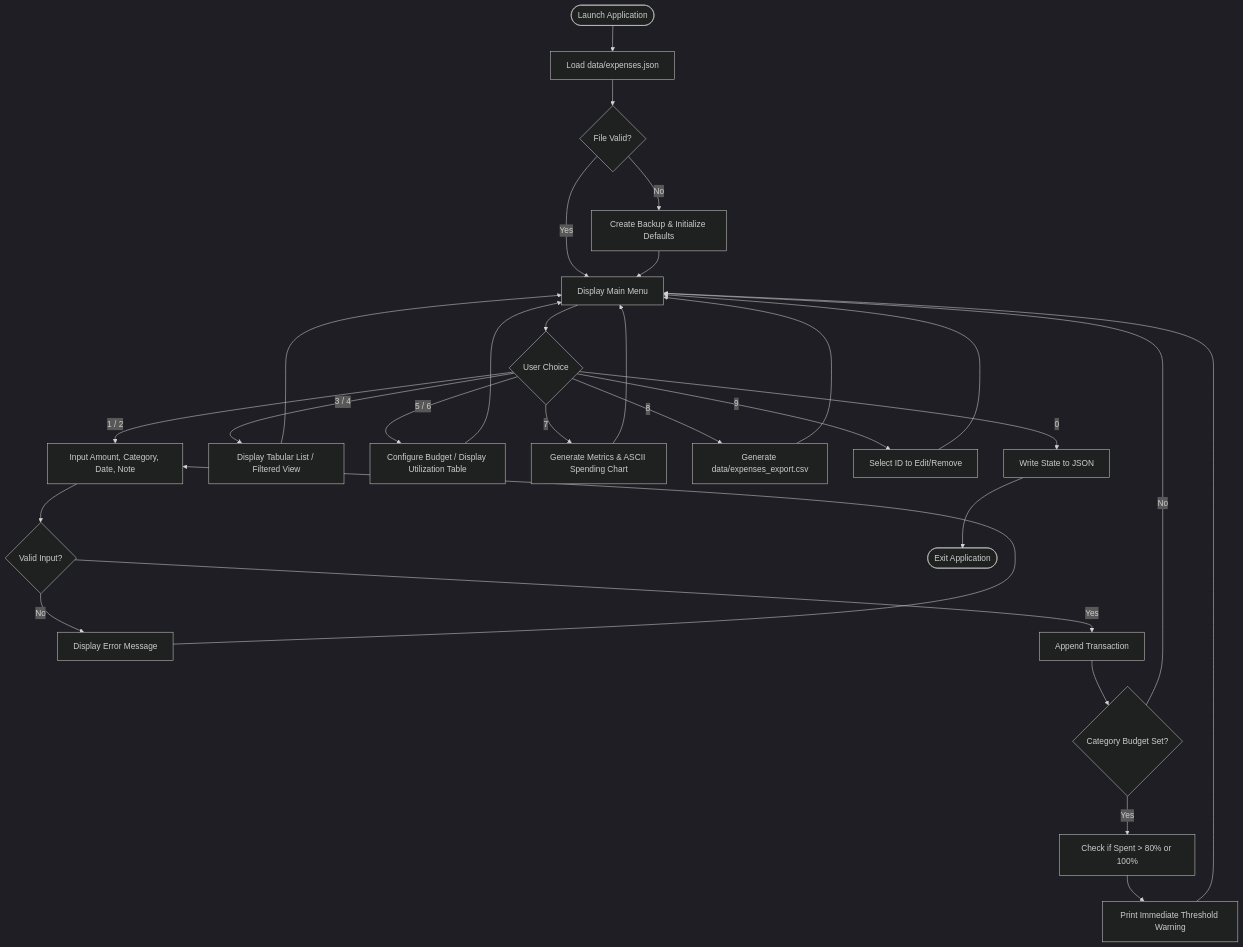
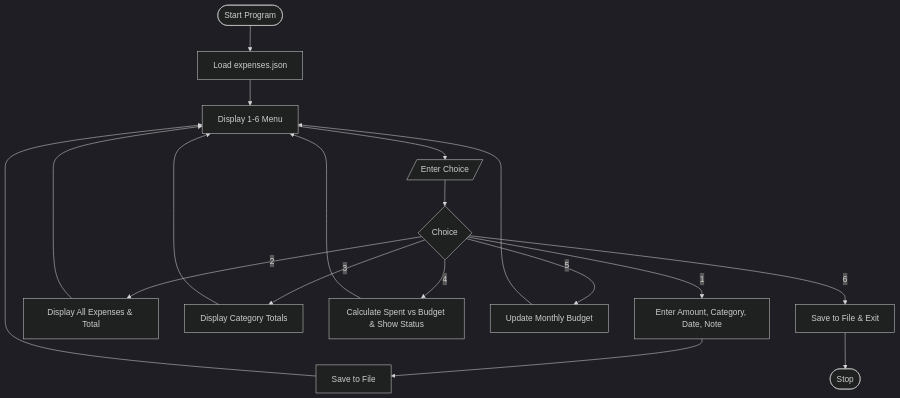
Before and after one commit to Aditya26bai10148-creator/student-expense-tracker: the third of 5 diagrams in PROJECT_REPORT.md, drawn with Mermaid (dark theme). The commit also changed other lines of this file and 18 other files, not shown here.

Commit message:
Simplify project architecture: concise 4-module design, clean CLI, unit tests, and streamlined report

````diff
--- a/PROJECT_REPORT.md
+++ b/PROJECT_REPORT.md
@@ -186,26 +93,13 @@
 ```mermaid
 flowchart TD
-    Start([Launch Application]) --> LoadData[Load data/expenses.json]
-    LoadData --> CheckCorrupt{File Valid?}
-    CheckCorrupt -- No --> AutoBackup[Create Backup & Initialize Defaults]
-    CheckCorrupt -- Yes --> Menu[Display Main Menu]
-    AutoBackup --> Menu
-
-    Menu --> Choice{User Choice}
-    Choice -- 1 / 2 --> LogTx[Input Amount, Category, Date, Note]
-    LogTx --> ValidateTx{Valid Input?}
-    ValidateTx -- No --> ShowErr[Display Error Message] --> LogTx
-    ValidateTx -- Yes --> SaveTx[Append Transaction]
-    SaveTx --> CheckBudget{Category Budget Set?}
-    CheckBudget -- Yes --> EvalThreshold[Check if Spent > 80% or 100%]
-    EvalThreshold --> ShowAlert[Print Immediate Threshold Warning]
-    CheckBudget -- No --> Menu
-    ShowAlert --> Menu
-
-    Choice -- 3 / 4 --> ViewFilter[Display Tabular List / Filtered View] --> Menu
-    Choice -- 5 / 6 --> BudgetView[Configure Budget / Display Utilization Table] --> Menu
-    Choice -- 7 --> AnalyticsView[Generate Metrics & ASCII Spending Chart] --> Menu
-    Choice -- 8 --> ExportCSV[Generate data/expenses_export.csv] --> Menu
-    Choice -- 9 --> EditDelete[Select ID to Edit/Remove] --> Menu
-    Choice -- 0 --> Persist[Write State to JSON] --> Finish([Exit Application])
+    Start([Start Program]) --> LoadData[Load expenses.json]
+    LoadData --> Menu[Display 1-6 Menu]
+    Menu --> InputChoice[/Enter Choice/]
+    InputChoice --> Check{Choice}
+    Check -- 1 --> AddExp[Enter Amount, Category, Date, Note] --> Save[Save to File] --> Menu
+    Check -- 2 --> ViewAll[Display All Expenses & Total] --> Menu
+    Check -- 3 --> ViewCat[Display Category Totals] --> Menu
+    Check -- 4 --> CheckBud[Calculate Spent vs Budget & Show Status] --> Menu
+    Check -- 5 --> SetBud[Update Monthly Budget] --> Menu
+    Check -- 6 --> SaveExit[Save to File & Exit] --> End([Stop])
 ```
````
